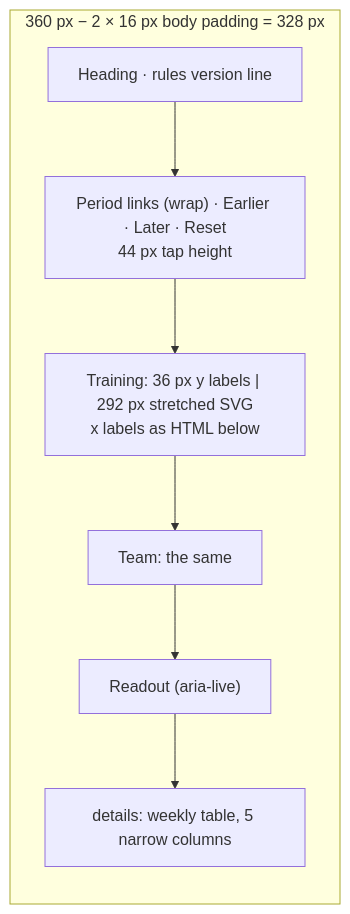
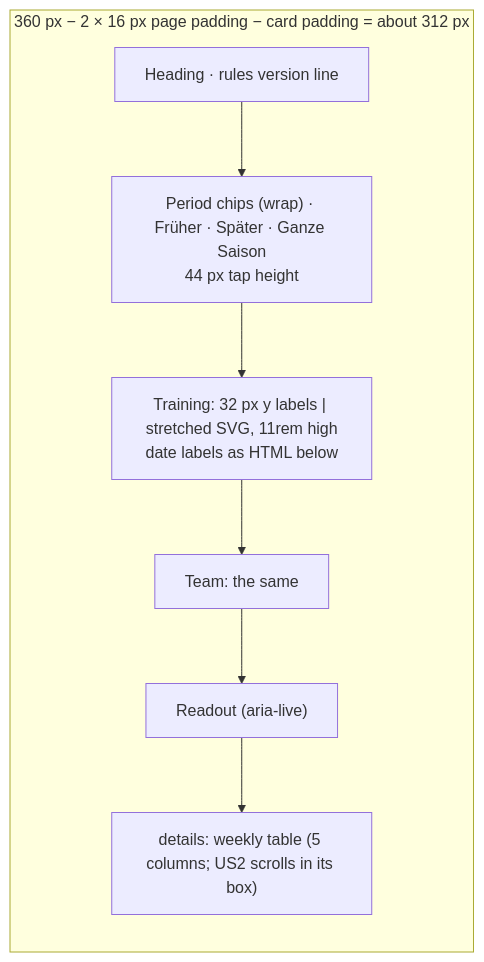
One commit to SaSteffen/RynkePoints changed the sixth of 6 diagrams in specs/009-rider-progress-charts/plan.md. Above: the diagram before and after it, drawn with Mermaid. The commit also changed other lines of this file and 9 other files, not shown here.

Commit message:
docs: re-plan 009 progress charts against the current app

````diff
--- a/specs/009-rider-progress-charts/plan.md
+++ b/specs/009-rider-progress-charts/plan.md
@@ -291,13 +291,13 @@
 ```mermaid
 flowchart TB
-    subgraph phone["360 px − 2 × 16 px body padding = 328 px"]
+    subgraph phone["360 px − 2 × 16 px page padding − card padding = about 312 px"]
         direction TB
         h["Heading · rules version line"]
-        nav["Period links (wrap) · Earlier · Later · Reset<br/>44 px tap height"]
-        c1["Training: 36 px y labels | 292 px stretched SVG<br/>x labels as HTML below"]
+        nav["Period chips (wrap) · Früher · Später · Ganze Saison<br/>44 px tap height"]
+        c1["Training: 32 px y labels | stretched SVG, 11rem high<br/>date labels as HTML below"]
         c2["Team: the same"]
         ro["Readout (aria-live)"]
-        tb["details: weekly table, 5 narrow columns"]
+        tb["details: weekly table (5 columns; US2 scrolls in its box)"]
         h --> nav --> c1 --> c2 --> ro --> tb
     end
 ```
````
